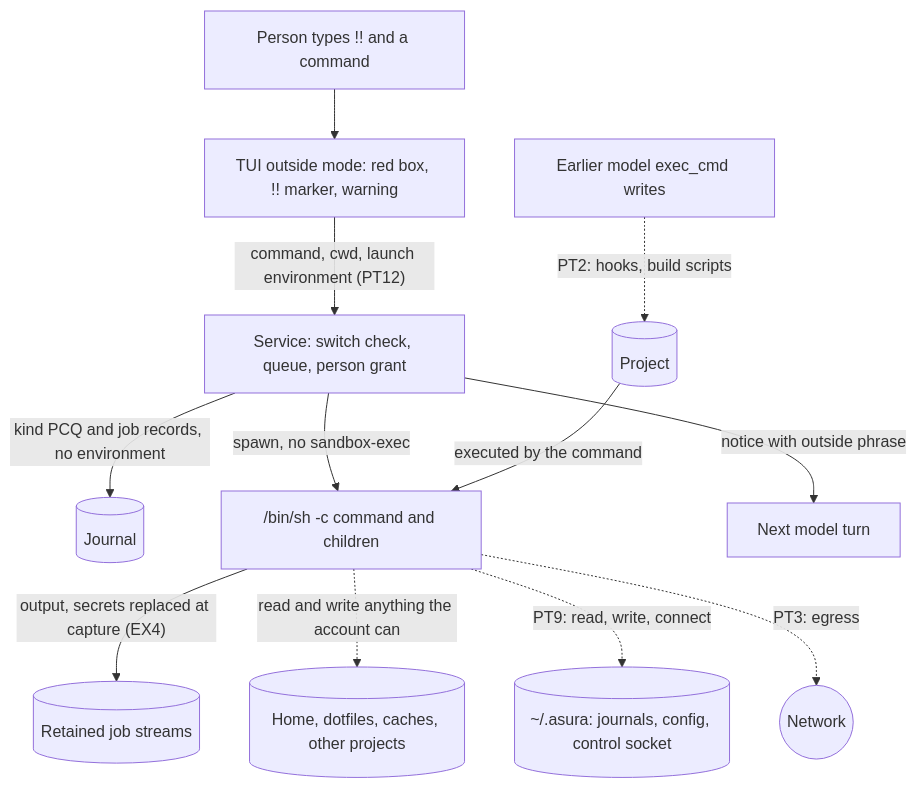
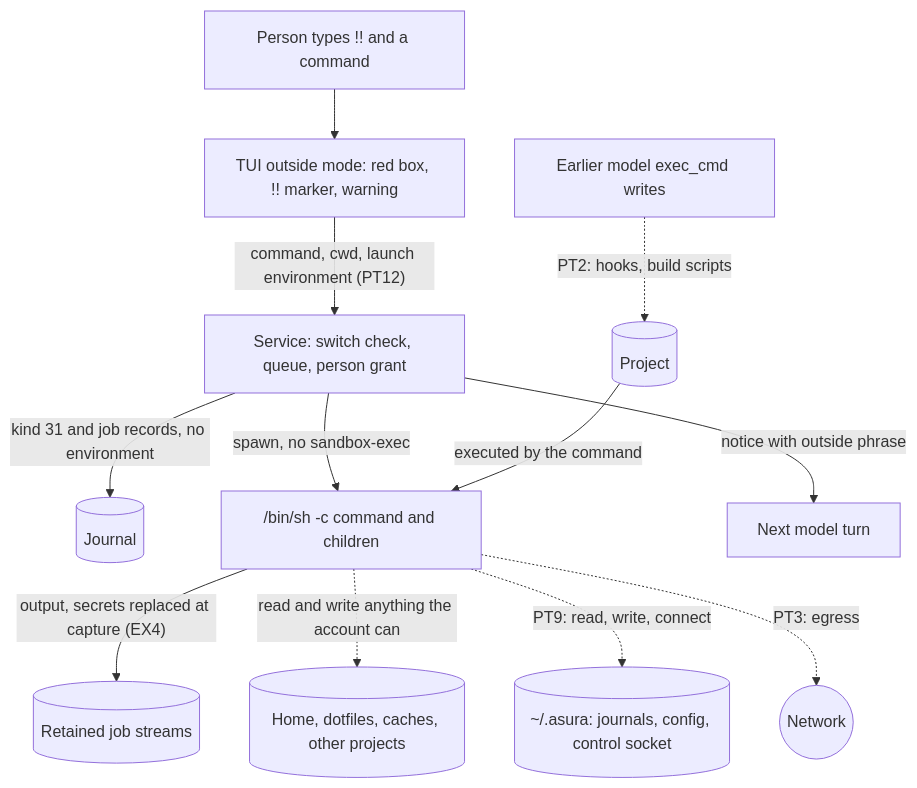
The third of 3 diagrams in docs/designs/execution-threat-model.md (pidster/asura), drawn with Mermaid before and after one commit. The commit also changed other lines of this file and 14 other files, not shown here.

````diff
--- a/docs/designs/execution-threat-model.md
+++ b/docs/designs/execution-threat-model.md
@@ -655,14 +663,14 @@
 ```mermaid
 flowchart TD
     Person["Person types !! and a command"] --> TUI["TUI outside mode: red box, !! marker, warning"]
     TUI -->|"command, cwd, launch environment (PT12)"| Svc["Service: switch check, queue, person grant"]
-    Svc -->|"kind PCQ and job records, no environment"| Journal[("Journal")]
+    Svc -->|"kind 31 and job records, no environment"| Journal[("Journal")]
     Svc -->|"spawn, no sandbox-exec"| Cmd["/bin/sh -c command and children"]
     Cmd -->|"output, secrets replaced at capture (EX4)"| Retained[("Retained job streams")]
     ModelWrites["Earlier model exec_cmd writes"] -.->|"PT2: hooks, build scripts"| Proj[("Project")]
     Proj -->|"executed by the command"| Cmd
     Cmd -.->|"read and write anything the account can"| Host[("Home, dotfiles, caches, other projects")]
     Cmd -.->|"PT9: read, write, connect"| State[("~/.asura: journals, config, control socket")]
     Cmd -.->|"PT3: egress"| Net(("Network"))
     Svc -->|"notice with outside phrase"| Next["Next model turn"]
 ```
````
